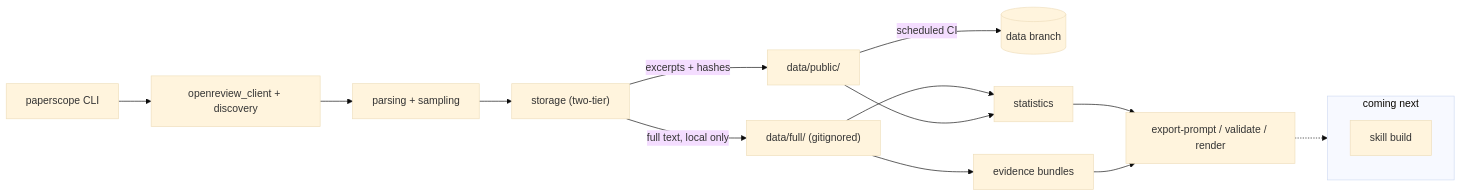
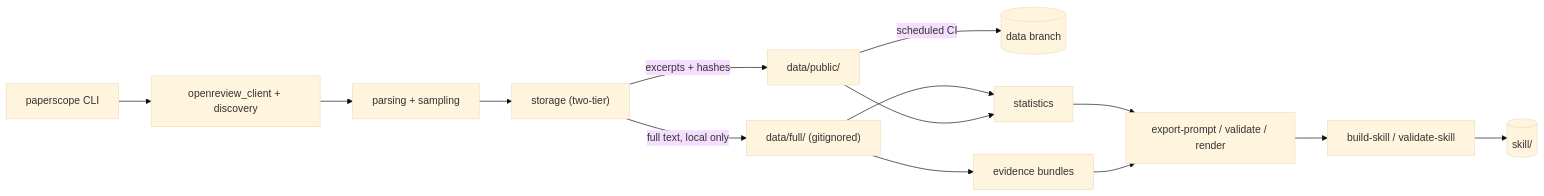
The diagram in README.md (lakshayxi/paperscope), drawn with Mermaid (base theme) before and after one commit. The commit also changed other lines of this file, not shown here.

First line of the commit message:
updated readme for the phase 4a skill redesign

````diff
--- a/README.md
+++ b/README.md
@@ -30,19 +33,16 @@
 ```mermaid
 flowchart LR
     CLI["paperscope CLI"] --> OR["openreview_client + discovery"]
     OR --> PS["parsing + sampling"]
     PS --> ST["storage (two-tier)"]
     ST -->|full text, local only| FULL["data/full/ (gitignored)"]
     ST -->|excerpts + hashes| PUB["data/public/"]
     PUB -->|scheduled CI| BRANCH[("data branch")]
     FULL --> STATS["statistics"]
     FULL --> EVID["evidence bundles"]
     PUB --> STATS
     STATS --> GEN["export-prompt / validate / render"]
     EVID --> GEN
-
-    subgraph next["coming next"]
-        SKILL["skill build"]
-    end
-    GEN -.-> next
+    GEN --> SKILL["build-skill / validate-skill"]
+    SKILL --> INSTALL[("skill/")]
 ```
````
